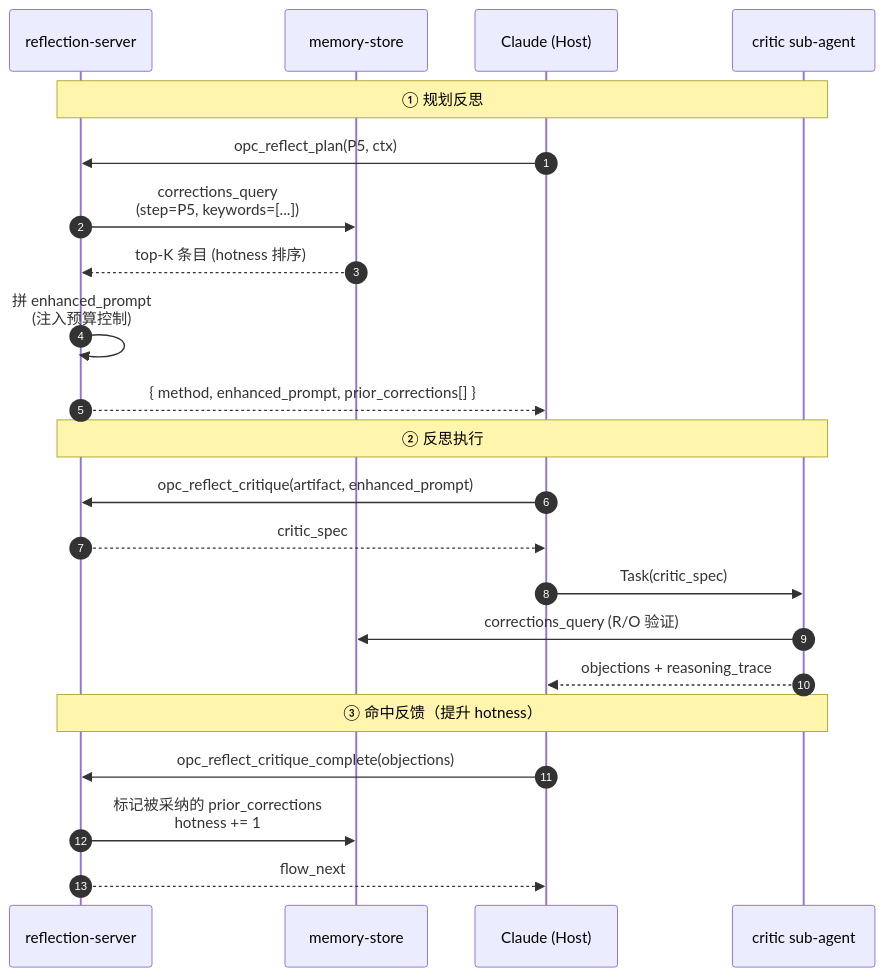
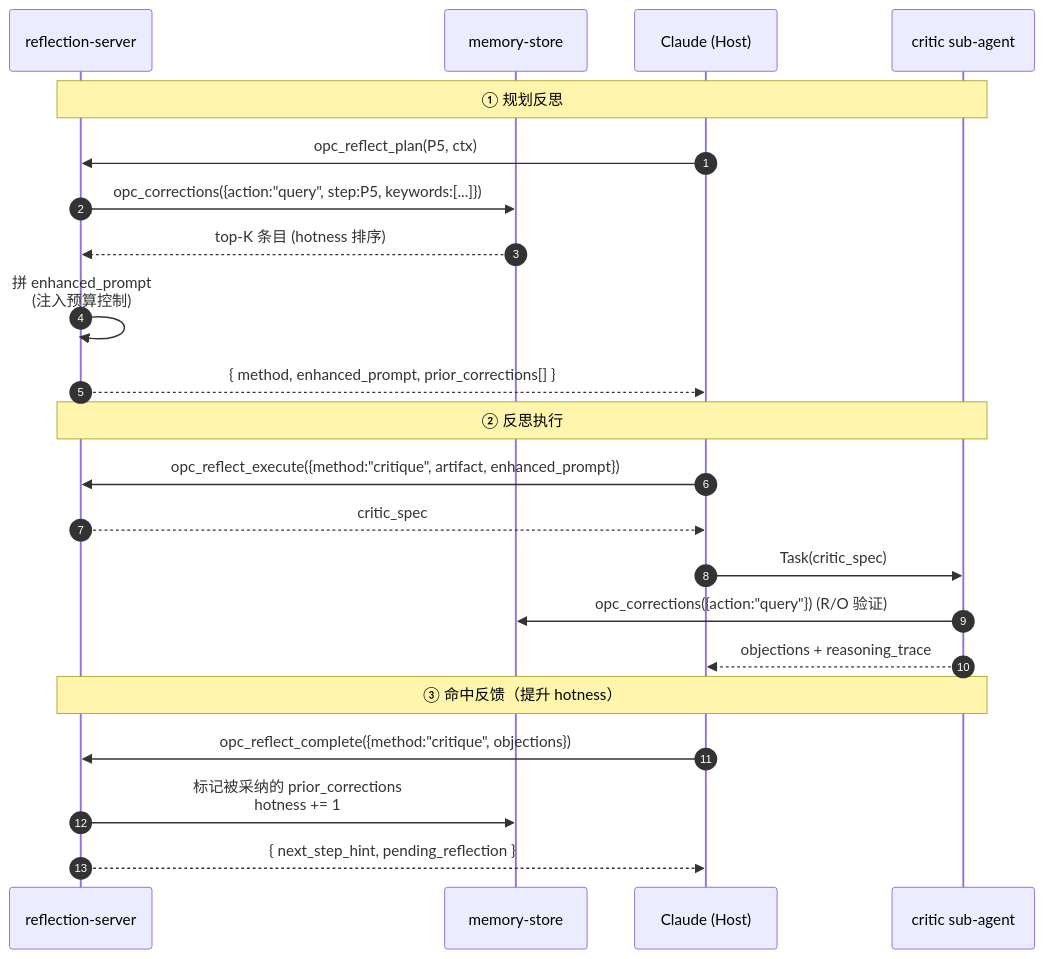
The second of 3 diagrams in doc/feature/05-opc-reflection-server/03-corrections-store/00_overview.md (CaffeineOddity/opc-marketplace), drawn with Mermaid before and after one commit. The commit also changed other lines of this file and 16 other files, not shown here.

First line of the commit message:
docs(M17.j): rewrite 03-opc-knowledge-server + 05-opc-reflection-server for consolidated tool surface

````diff
--- a/doc/feature/05-opc-reflection-server/03-corrections-store/00_overview.md
+++ b/doc/feature/05-opc-reflection-server/03-corrections-store/00_overview.md
@@ -166,27 +166,27 @@
 ```mermaid
 sequenceDiagram
     autonumber
     participant RS as reflection-server
     participant MS as memory-store
     participant H as Claude (Host)
     participant A as critic sub-agent
 
     Note over RS,A: ① 规划反思
     H->>RS: opc_reflect_plan(P5, ctx)
-    RS->>MS: corrections_query<br/>(step=P5, keywords=[...])
+    RS->>MS: opc_corrections({action:"query", step:P5, keywords:[...]})
     MS-->>RS: top-K 条目 (hotness 排序)
     RS->>RS: 拼 enhanced_prompt<br/>(注入预算控制)
     RS-->>H: { method, enhanced_prompt, prior_corrections[] }
 
     Note over RS,A: ② 反思执行
-    H->>RS: opc_reflect_critique(artifact, enhanced_prompt)
+    H->>RS: opc_reflect_execute({method:"critique", artifact, enhanced_prompt})
     RS-->>H: critic_spec
     H->>A: Task(critic_spec)
-    A->>MS: corrections_query (R/O 验证)
+    A->>MS: opc_corrections({action:"query"}) (R/O 验证)
     A-->>H: objections + reasoning_trace
 
     Note over RS,A: ③ 命中反馈（提升 hotness）
-    H->>RS: opc_reflect_critique_complete(objections)
+    H->>RS: opc_reflect_complete({method:"critique", objections})
     RS->>MS: 标记被采纳的 prior_corrections<br/>hotness += 1
-    RS-->>H: flow_next
+    RS-->>H: { next_step_hint, pending_reflection }
 ```
````
